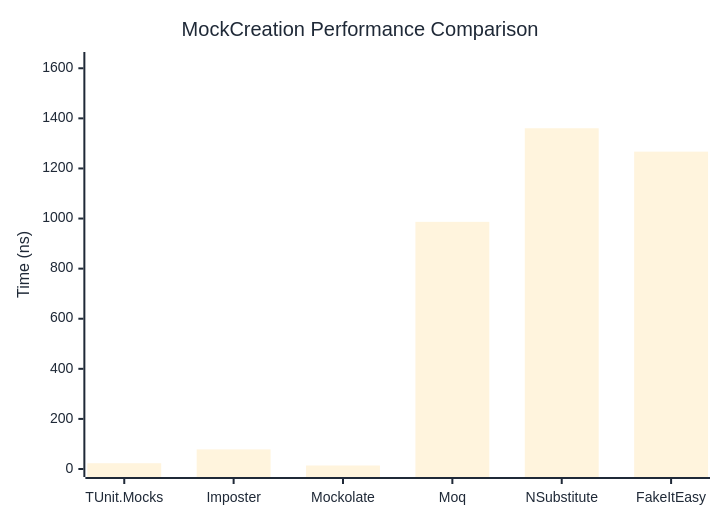
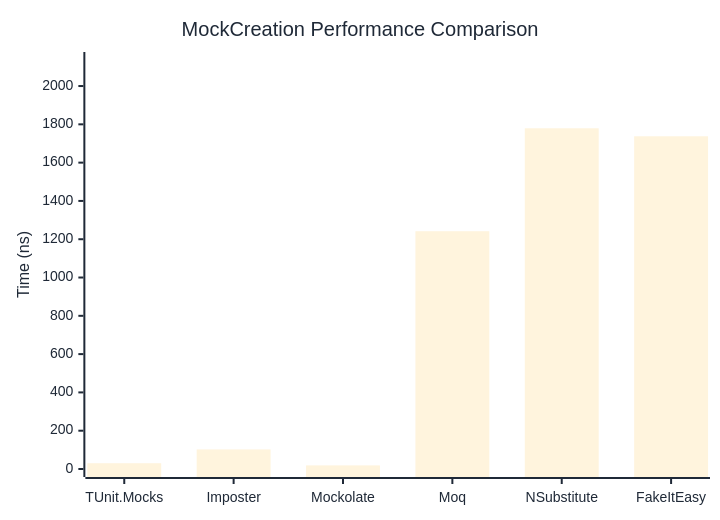
Before and after one commit to thomhurst/TUnit: the first of 2 diagrams in docs/docs/benchmarks/mocks/MockCreation.md, drawn with Mermaid. The commit also changed other lines of this file and 14 other files, not shown here.

````diff
--- a/docs/docs/benchmarks/mocks/MockCreation.md
+++ b/docs/docs/benchmarks/mocks/MockCreation.md
@@ -30,27 +30,27 @@
 ```mermaid
 %%{init: {
   'theme':'base',
   'themeVariables': {
     'primaryColor': '#2563eb',
     'primaryTextColor': '#1f2937',
     'primaryBorderColor': '#1e40af',
     'lineColor': '#6b7280',
     'secondaryColor': '#7c3aed',
     'tertiaryColor': '#dc2626',
     'background': '#ffffff',
     'pie1': '#2563eb',
     'pie2': '#7c3aed',
     'pie3': '#dc2626',
     'pie4': '#f59e0b',
     'pie5': '#10b981',
     'pie6': '#06b6d4',
     'pie7': '#ec4899',
     'pie8': '#6366f1'
   }
 }}%%
 xychart-beta
   title "MockCreation Performance Comparison"
   x-axis ["TUnit.Mocks", "Imposter", "Mockolate", "Moq", "NSubstitute", "FakeItEasy"]
-  y-axis "Time (ns)" 0 --> 1633
-  bar [23.03, 78.3, 14.01, 986.81, 1360.48, 1267.14]
+  y-axis "Time (ns)" 0 --> 2136
+  bar [30.15, 102.27, 18.79, 1241.83, 1779.47, 1737.66]
 ```
````
